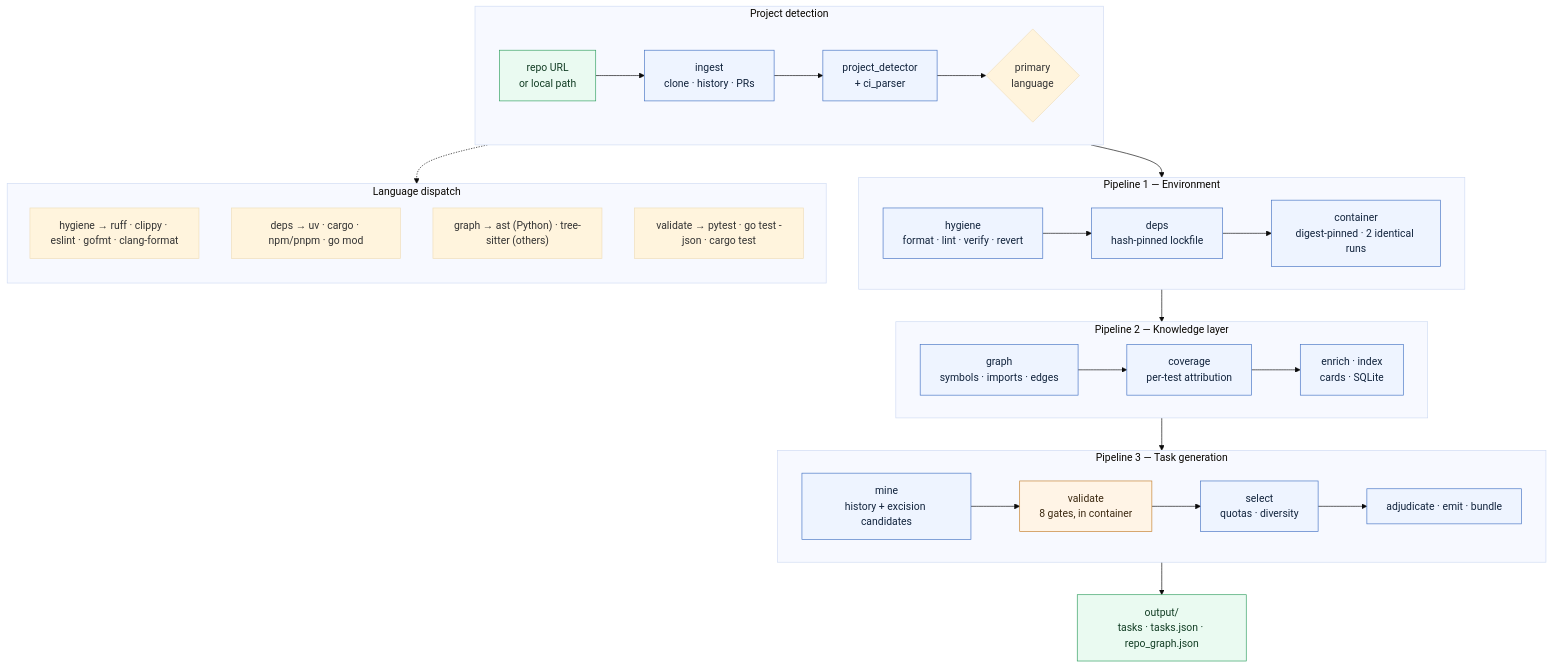
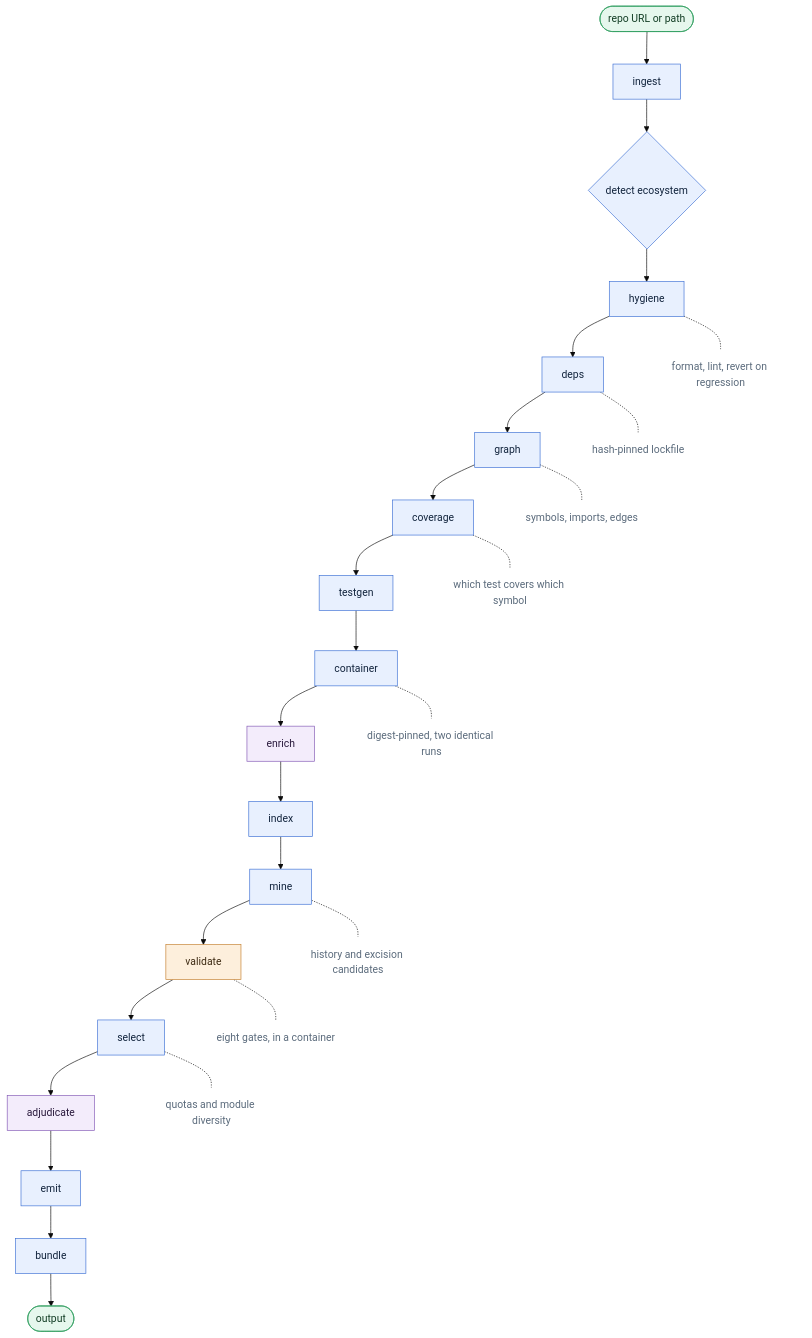
The diagram in README.md (AdityaKaleeswarGK/LH2_take_home_assignment), drawn with Mermaid (base theme) before and after one commit. The commit also changed other lines of this file and 1 other file, not shown here.

Commit message:
docs: redraw the architecture diagram and trim the glom task table
The old diagram used four nested subgraphs with mixed LR/TB directions and
multi-line labels, which mermaid laid out with overlapping text. Replaced with
a single top-down flow of the fifteen stages: short labels, no subgraphs, no
<br/> tags, side notes attached with dotted edges. Pipeline grouping is now a
sentence above the diagram rather than boxes inside it, and language dispatch
is a table instead of a floating node cluster. Colour distinguishes the gate
that decides what ships from the two optional model stages.

The glom task table lists the ten shipped tasks and nothing else; provenance
still lives in each task.json, where the commit SHA and pull request are
recorded in full.

Also warmed up the prose in the sections that read like a spec sheet.

````diff
--- a/README.md
+++ b/README.md
@@ -17,53 +21,42 @@
 ```mermaid
-flowchart TB
-    subgraph detect["Project detection"]
-        direction LR
-        SRC["repo URL<br/>or local path"] --> ING["ingest<br/>clone · history · PRs"]
-        ING --> PROF["project_detector<br/>+ ci_parser"]
-        PROF --> LANG{"primary<br/>language"}
-    end
+flowchart TD
+    SRC([repo URL or path]) --> ING[ingest]
+    ING --> PROF{detect ecosystem}
 
-    subgraph p1["Pipeline 1 — Environment"]
-        direction LR
-        HYG["hygiene<br/>format · lint · verify · revert"]
-        DEP["deps<br/>hash-pinned lockfile"]
-        CON["container<br/>digest-pinned · 2 identical runs"]
-        HYG --> DEP --> CON
-    end
+    PROF --> HYG[hygiene]
+    HYG --> DEP[deps]
+    DEP --> GRA[graph]
+    GRA --> COV[coverage]
+    COV --> TGN[testgen]
+    TGN --> CON[container]
+    CON --> ENR[enrich]
+    ENR --> IDX[index]
+    IDX --> MIN[mine]
+    MIN --> VAL[validate]
+    VAL --> SEL[select]
+    SEL --> ADJ[adjudicate]
+    ADJ --> EMI[emit]
+    EMI --> BUN[bundle]
+    BUN --> OUT([output])
 
-    subgraph p2["Pipeline 2 — Knowledge layer"]
-        direction LR
-        GRA["graph<br/>symbols · imports · edges"]
-        COV["coverage<br/>per-test attribution"]
-        ENR["enrich · index<br/>cards · SQLite"]
-        GRA --> COV --> ENR
-    end
+    HYG -.- N1[format, lint, revert on regression]
+    DEP -.- N2[hash-pinned lockfile]
+    GRA -.- N3[symbols, imports, edges]
+    COV -.- N4[which test covers which symbol]
+    CON -.- N5[digest-pinned, two identical runs]
+    MIN -.- N6[history and excision candidates]
+    VAL -.- N7[eight gates, in a container]
+    SEL -.- N8[quotas and module diversity]
 
-    subgraph p3["Pipeline 3 — Task generation"]
-        direction LR
-        MIN["mine<br/>history + excision candidates"]
-        VAL["validate<br/>8 gates, in container"]
-        SEL["select<br/>quotas · diversity"]
-        EMI["adjudicate · emit · bundle"]
-        MIN --> VAL --> SEL --> EMI
-    end
+    classDef stage fill:#e8f0fe,stroke:#3b6fd4,color:#12243d
+    classDef gate fill:#fdefdc,stroke:#c47f2d,color:#3d2a12
+    classDef model fill:#f3ecfb,stroke:#8257b5,color:#2a1a3d
+    classDef io fill:#e6f7ed,stroke:#2f9e5f,color:#123d24
+    classDef note fill:#ffffff00,stroke:#ffffff00,color:#5b6b7c
 
-    LANG --> p1 --> p2 --> p3 --> OUT["output/<br/>tasks · tasks.json · repo_graph.json"]
-
-    subgraph disp["Language dispatch"]
-        direction TB
-        D1["hygiene → ruff · clippy · eslint · gofmt · clang-format"]
-        D2["deps → uv · cargo · npm/pnpm · go mod"]
-        D3["graph → ast (Python) · tree-sitter (others)"]
-        D4["validate → pytest · go test -json · cargo test"]
-    end
-
-    LANG -.-> disp
-
-    classDef stage fill:#eef4ff,stroke:#4573c4,stroke-width:1px,color:#12243d
-    classDef gate fill:#fff4e6,stroke:#c47f2d,stroke-width:1px,color:#3d2a12
-    classDef io fill:#eafaf1,stroke:#2f9e5f,stroke-width:1px,color:#123d24
-    class HYG,DEP,CON,GRA,COV,ENR,MIN,SEL,EMI,ING,PROF stage
+    class ING,HYG,DEP,GRA,COV,TGN,CON,IDX,MIN,SEL,EMI,BUN,PROF stage
     class VAL gate
+    class ENR,ADJ model
     class SRC,OUT io
+    class N1,N2,N3,N4,N5,N6,N7,N8 note
 ```
````
